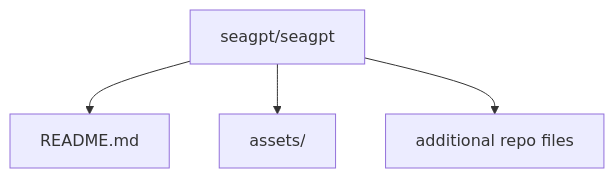
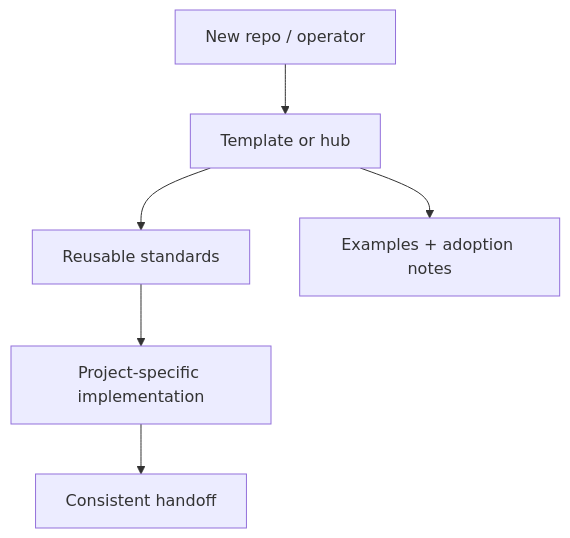
One commit to seagpt/seagpt changed the diagram in README.md. Above: the diagram before and after it, drawn with Mermaid. The commit also changed other lines of this file, not shown here.

Commit message:
docs: remake README with DropShock rich repo standard [skip ci]

````diff
--- a/README.md
+++ b/README.md
@@ -17,7 +32,8 @@
 ```mermaid
 flowchart TD
-  R["seagpt/seagpt"]
-  R --> N1["README.md"]
-  R --> N2["assets/"]
-  R --> MORE["additional repo files"]
+    A["New repo / operator"] --> B["Template or hub"]
+    B --> C["Reusable standards"]
+    C --> D["Project-specific implementation"]
+    D --> E["Consistent handoff"]
+    B --> F["Examples + adoption notes"]
 ```
````
